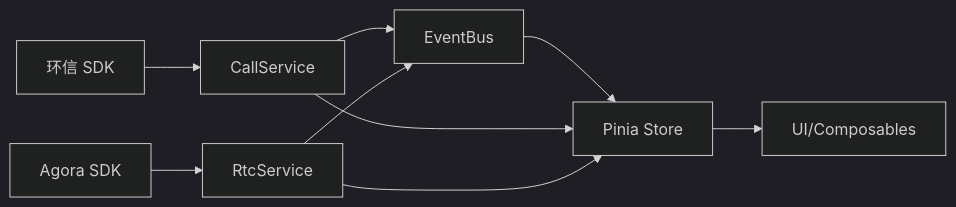
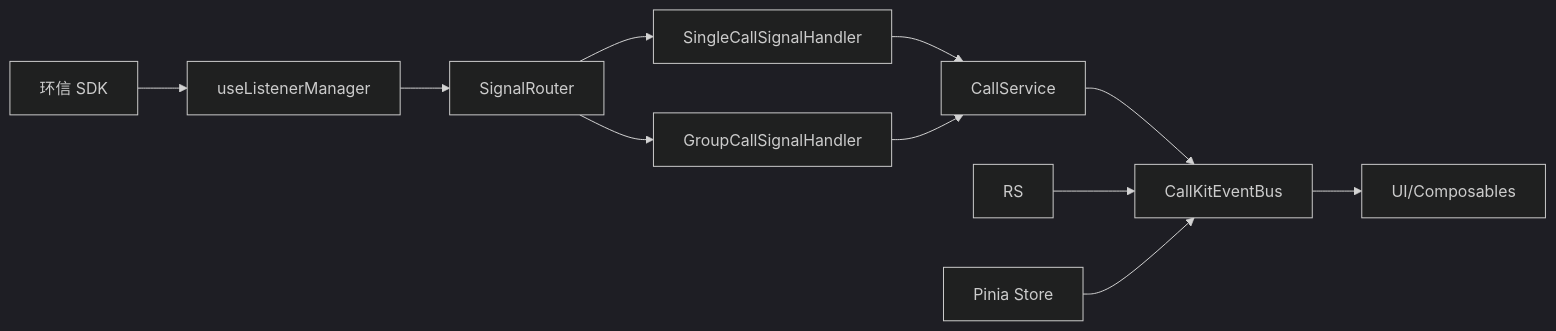
The eighth of 8 diagrams in .qoder/repowiki/zh/content/高级功能/事件监听管理.md (Easemob-Community/easemob-uikit-callkit-vue3), drawn with Mermaid (dark theme) before and after one commit. The commit also changed other lines of this file and 40 other files, not shown here.

````diff
--- a/.qoder/repowiki/zh/content/高级功能/事件监听管理.md
+++ b/.qoder/repowiki/zh/content/高级功能/事件监听管理.md
@@ -273,11 +407,13 @@
 ```mermaid
 graph LR
-SDK_IM["环信 SDK"] --> CS["CallService"]
-SDK_RTC["Agora SDK"] --> RS["RtcService"]
-CS --> BUS["EventBus"]
-RS --> BUS
-BUS --> STORE["Pinia Store"]
-STORE --> UI["UI/Composables"]
-CS --> STORE
-RS --> STORE
+SDK_IM["环信 SDK"] --> LMAN["useListenerManager"]
+LMAN --> SR["SignalRouter"]
+SR --> SCSH["SingleCallSignalHandler"]
+SR --> GCSH["GroupCallSignalHandler"]
+SCSH --> CS["CallService"]
+GCSH --> CS
+CS --> EBUS["CallKitEventBus"]
+RS --> EBUS
+EBUS --> UI["UI/Composables"]
+STORE["Pinia Store"] --> EBUS
 ```
````
